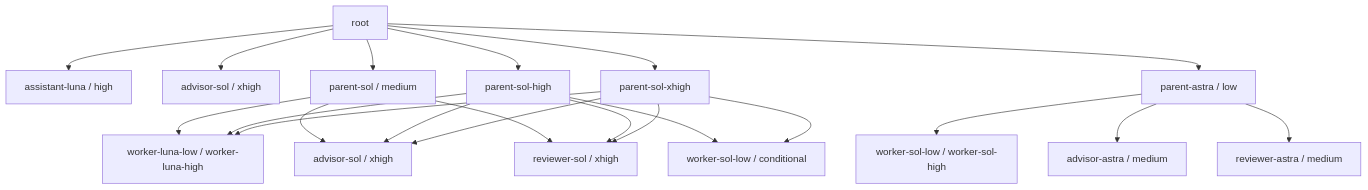
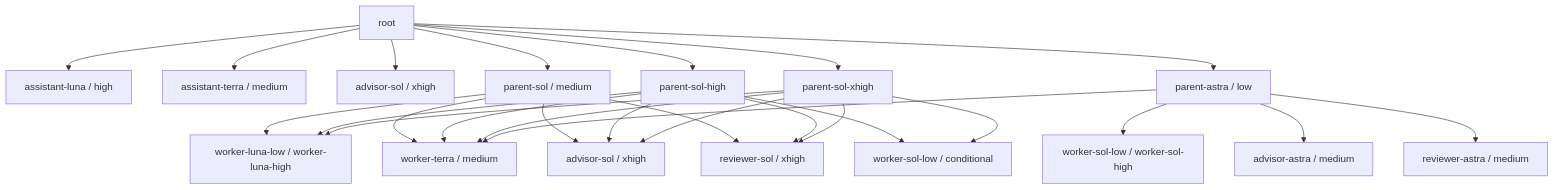
Before and after one commit to unagi/dotfiles: the diagram in docs/codex-subagents.md, drawn with Mermaid. The commit also changed other lines of this file and 66 other files, not shown here.

````diff
--- a/docs/codex-subagents.md
+++ b/docs/codex-subagents.md
@@ -34,23 +34,28 @@
 ```mermaid
 flowchart TD
   root --> Assistant[assistant-luna / high]
+  root --> AssistantTerra[assistant-terra / medium]
   root --> rootAdvisor[advisor-sol / xhigh]
   root --> Sol[parent-sol / medium]
   root --> SolH[parent-sol-high]
   root --> SolX[parent-sol-xhigh]
   root --> Astra[parent-astra / low]
   Sol --> Luna["worker-luna-low / worker-luna-high"]
+  Sol --> Terra[worker-terra / medium]
+  SolH --> Terra
+  SolX --> Terra
+  Astra --> Terra
   SolH --> Luna
   SolH --> WorkerSolLow[worker-sol-low / conditional]
   SolX --> Luna
   SolX --> WorkerSolLow
   Sol --> SA[advisor-sol / xhigh]
   SolH --> SA
   SolX --> SA
   Sol --> SR[reviewer-sol / xhigh]
   SolH --> SR
   SolX --> SR
   Astra --> WorkerSol["worker-sol-low / worker-sol-high"]
   Astra --> AA[advisor-astra / medium]
   Astra --> AR[reviewer-astra / medium]
 ```
````
